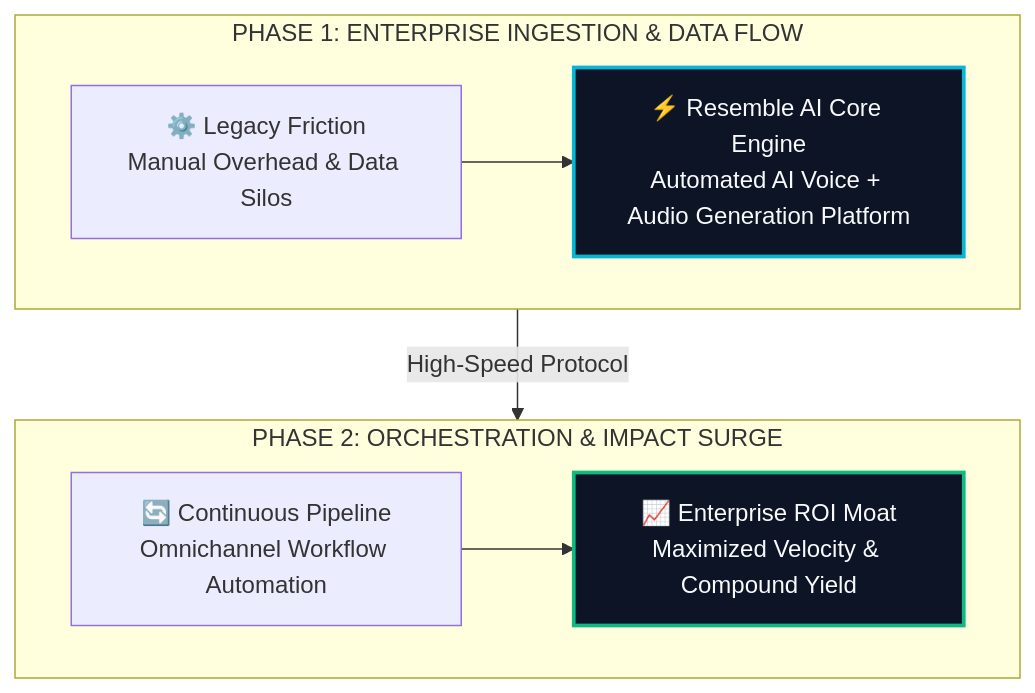
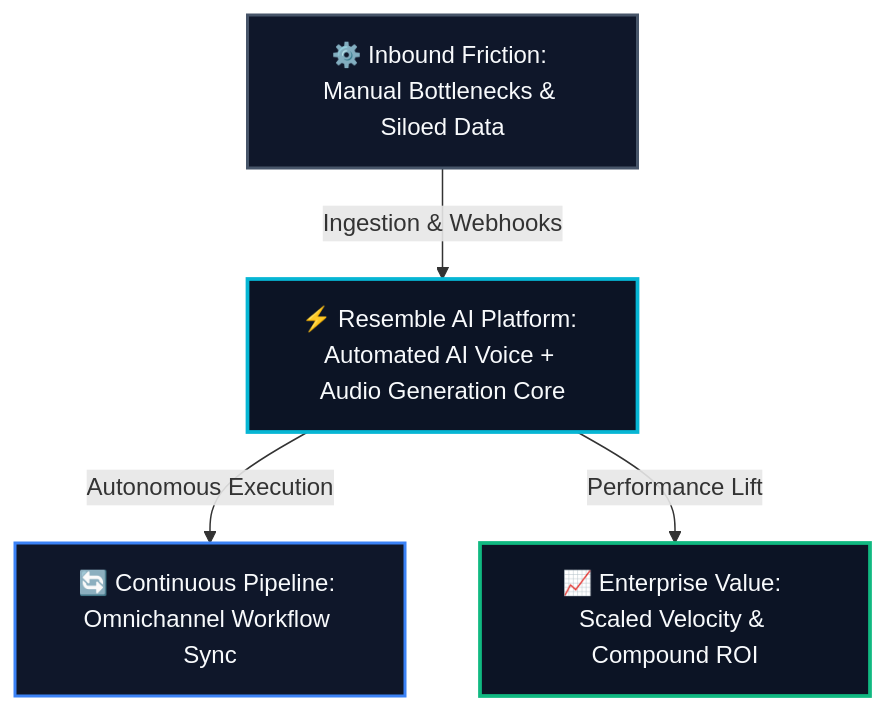
The diagram in site/src/content/blog/resemble-ai-evolution-guide-2026.md (heliatech-media/saas-radar), drawn with Mermaid before and after one commit. The commit also changed 93 other files, not shown here.

First line of the commit message:
fix(diagrams): resolve dagre-d3 subgraph collision by migrating to balanced 3-tier Hub & Spoke architecture

````diff
--- a/site/src/content/blog/resemble-ai-evolution-guide-2026.md
+++ b/site/src/content/blog/resemble-ai-evolution-guide-2026.md
@@ -52,14 +52,14 @@
 ```mermaid
 flowchart TD
-    subgraph S1["PHASE 1: ENTERPRISE INGESTION & DATA FLOW"]
-        direction LR
-        A["⚙️ Legacy Friction<br/>Manual Overhead & Data Silos"] --> B["⚡ Resemble AI Core Engine<br/>Automated AI Voice + Audio Generation Platform"]
-    end
-    subgraph S2["PHASE 2: ORCHESTRATION & IMPACT SURGE"]
-        direction LR
-        C["🔄 Continuous Pipeline<br/>Omnichannel Workflow Automation"] --> D["📈 Enterprise ROI Moat<br/>Maximized Velocity & Compound Yield"]
-    end
-    S1 -->|High-Speed Protocol| S2
-    style B fill:#0c1425,stroke:#06b6d4,stroke-width:2.5px,color:#f8fafc
-    style D fill:#0c1425,stroke:#10b981,stroke-width:2.5px,color:#f8fafc
+    Inp["⚙️ Inbound Friction: Manual Bottlenecks & Siloed Data"]
+    Eng["⚡ Resemble AI Platform: Automated AI Voice + Audio Generation Core"]
+    Out1["🔄 Continuous Pipeline: Omnichannel Workflow Sync"]
+    Out2["📈 Enterprise Value: Scaled Velocity & Compound ROI"]
+    Inp -->|Ingestion & Webhooks| Eng
+    Eng -->|Autonomous Execution| Out1
+    Eng -->|Performance Lift| Out2
+    style Inp fill:#0f172a,stroke:#475569,stroke-width:2px,color:#f8fafc
+    style Eng fill:#0c1425,stroke:#06b6d4,stroke-width:2.5px,color:#f8fafc
+    style Out1 fill:#0f172a,stroke:#3b82f6,stroke-width:2px,color:#f8fafc
+    style Out2 fill:#0c1425,stroke:#10b981,stroke-width:2.5px,color:#f8fafc
 ```
````
